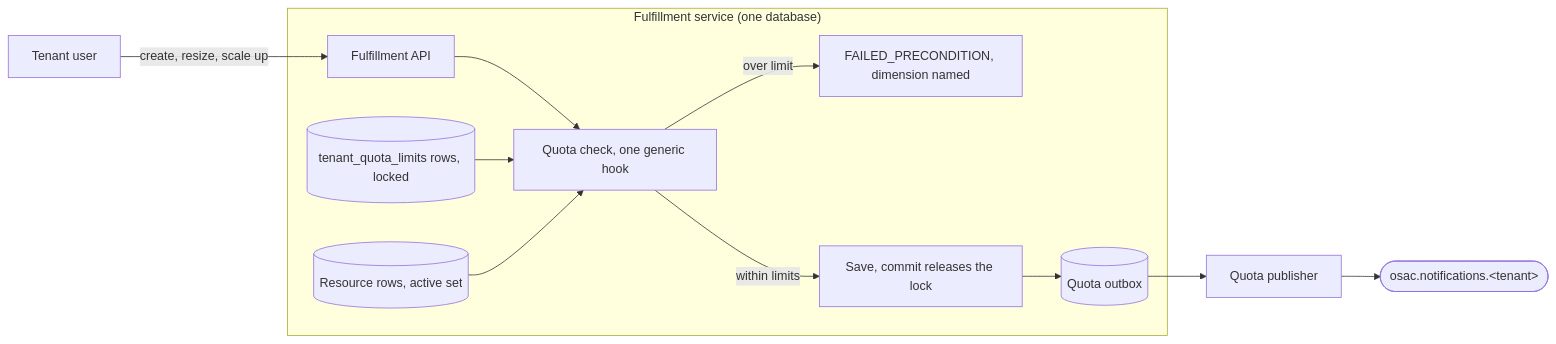
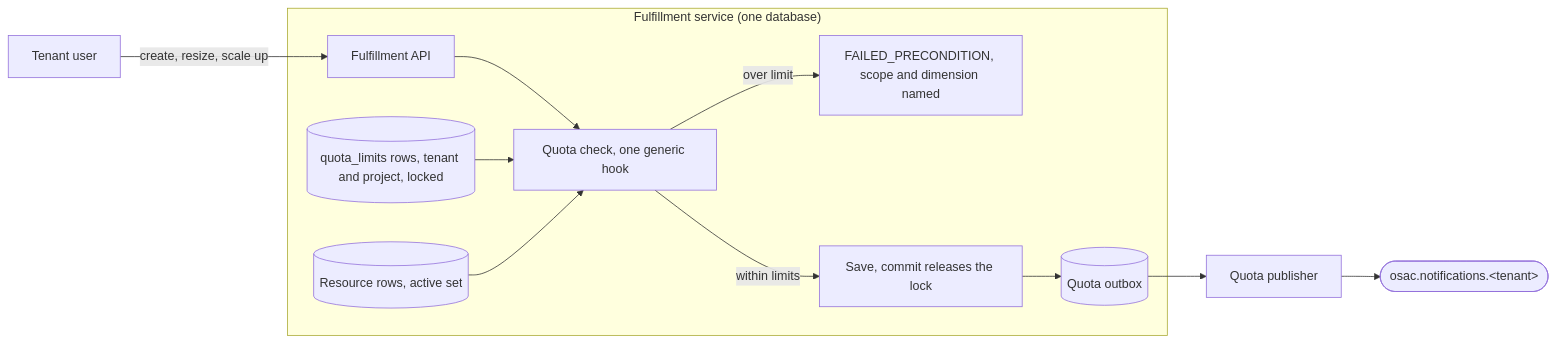
One commit to osac-project/enhancement-proposals changed the diagram in enhancements/OSAC-4500-quota-foundation/design.md. Above: the diagram before and after it, drawn with Mermaid. The commit also changed other lines of this file and 1 other file, not shown here.

Commit message:
OSAC-4500: Design - Quota Foundation, project scope and review findings

````diff
--- a/enhancements/OSAC-4500-quota-foundation/design.md
+++ b/enhancements/OSAC-4500-quota-foundation/design.md
@@ -48,14 +48,14 @@
 ```mermaid
 flowchart LR
   user["Tenant user"] -->|"create, resize, scale up"| api["Fulfillment API"]
   subgraph svc["Fulfillment service (one database)"]
     api --> hook["Quota check, one generic hook"]
-    limits[("tenant_quota_limits rows, locked")] --> hook
+    limits[("quota_limits rows, tenant and project, locked")] --> hook
     rows[("Resource rows, active set")] --> hook
-    hook -->|"over limit"| rej["FAILED_PRECONDITION, dimension named"]
+    hook -->|"over limit"| rej["FAILED_PRECONDITION, scope and dimension named"]
     hook -->|"within limits"| save["Save, commit releases the lock"]
     save --> out[("Quota outbox")]
   end
   out --> pub["Quota publisher"]
   pub --> note(["osac.notifications.&lt;tenant&gt;"])
 ```
````
